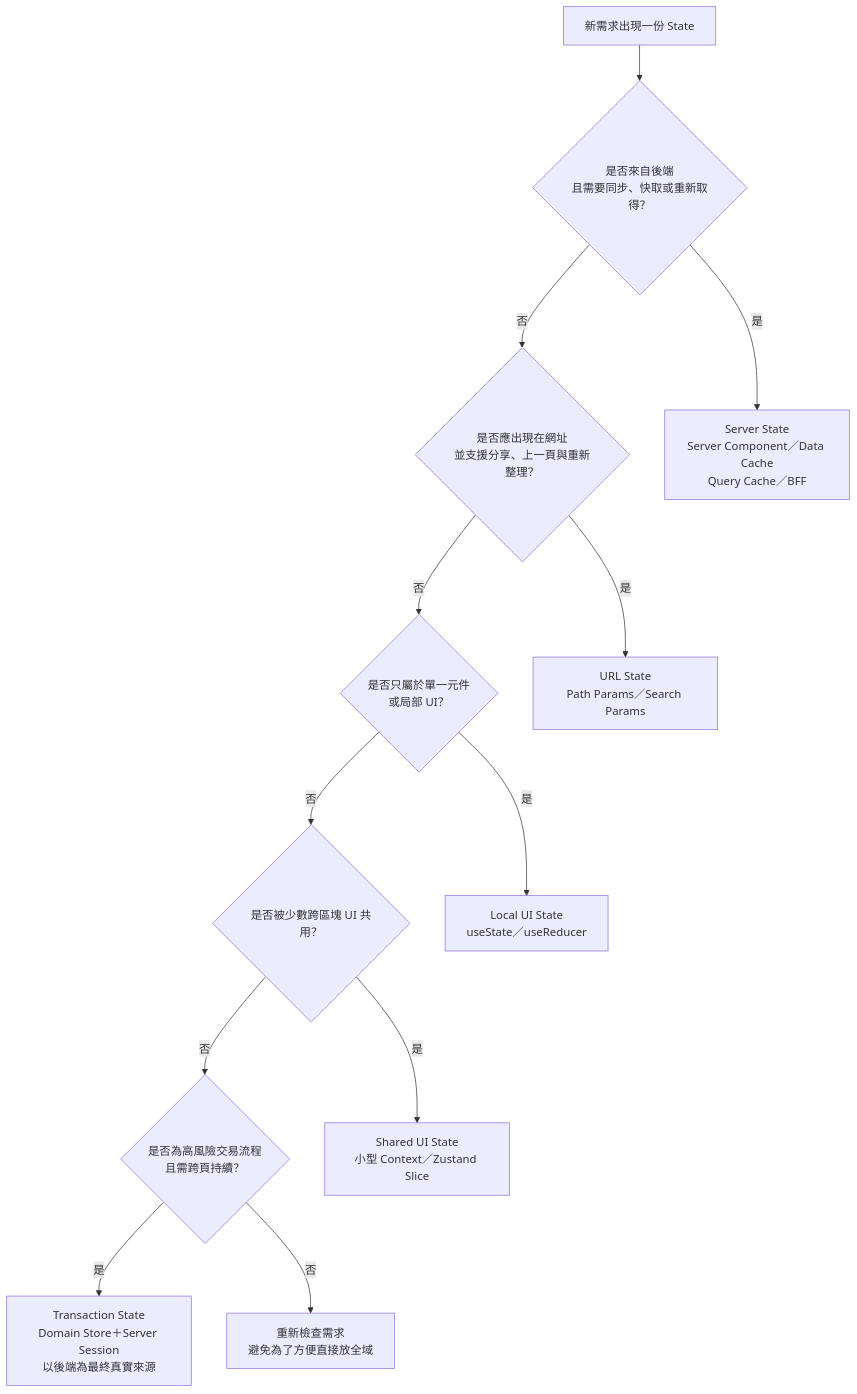
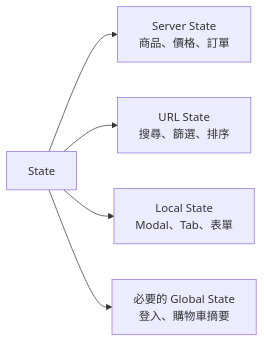
Before and after one commit to ShackArbeit/Momo_Interview: the fifth of 11 diagrams in debat.md, drawn with Mermaid. The commit also changed other lines of this file, not shown here.

````diff
--- a/debat.md
+++ b/debat.md
@@ -281,29 +103,9 @@
 ```mermaid
-flowchart TB
-    Source["新需求出現一份 State"]
+flowchart LR
+    State["State"]
 
-    Q1{"是否來自後端<br/>且需要同步、快取或重新取得？"}
-    Q2{"是否應出現在網址<br/>並支援分享、上一頁與重新整理？"}
-    Q3{"是否只屬於單一元件<br/>或局部 UI？"}
-    Q4{"是否被少數跨區塊 UI 共用？"}
-    Q5{"是否為高風險交易流程<br/>且需跨頁持續？"}
-
-    ServerState["Server State<br/>Server Component／Data Cache<br/>Query Cache／BFF"]
-    URLState["URL State<br/>Path Params／Search Params"]
-    LocalState["Local UI State<br/>useState／useReducer"]
-    SharedUI["Shared UI State<br/>小型 Context／Zustand Slice"]
-    Transaction["Transaction State<br/>Domain Store＋Server Session<br/>以後端為最終真實來源"]
-    Recheck["重新檢查需求<br/>避免為了方便直接放全域"]
-
-    Source --> Q1
-    Q1 -- 是 --> ServerState
-    Q1 -- 否 --> Q2
-    Q2 -- 是 --> URLState
-    Q2 -- 否 --> Q3
-    Q3 -- 是 --> LocalState
-    Q3 -- 否 --> Q4
-    Q4 -- 是 --> SharedUI
-    Q4 -- 否 --> Q5
-    Q5 -- 是 --> Transaction
-    Q5 -- 否 --> Recheck
+    State --> Server["Server State<br/>商品、價格、訂單"]
+    State --> URL["URL State<br/>搜尋、篩選、排序"]
+    State --> Local["Local State<br/>Modal、Tab、表單"]
+    State --> Global["必要的 Global State<br/>登入、購物車摘要"]
 ```
````
